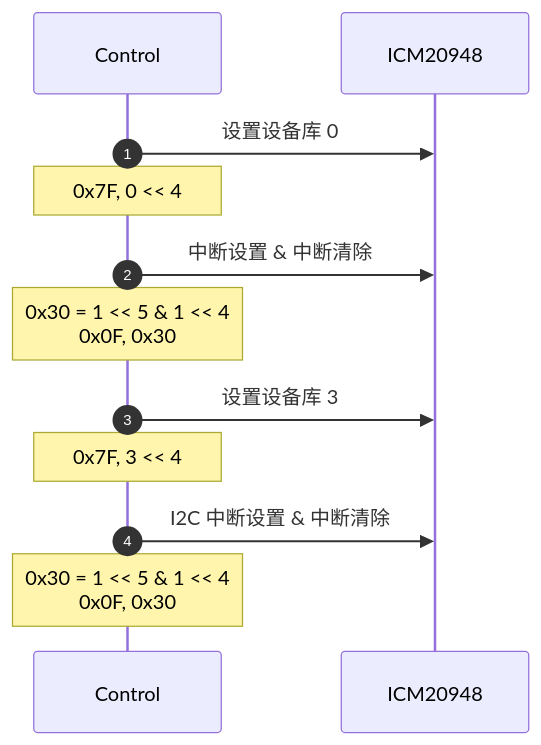
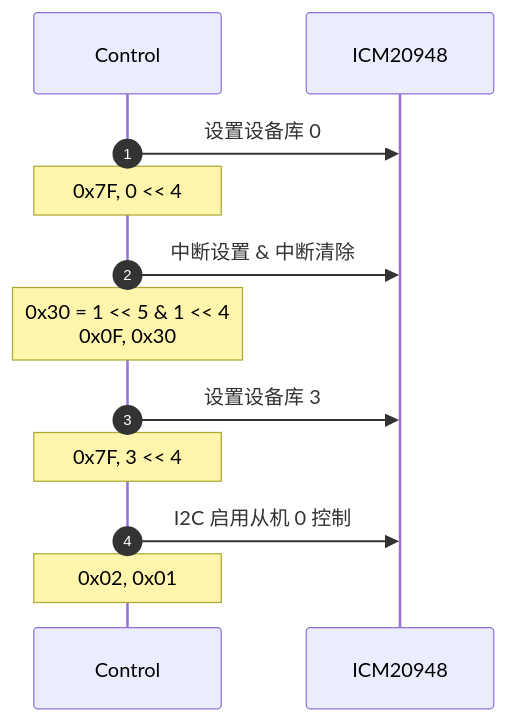
Before and after one commit to hkdickyko/hkdickyko.github.io: the fourth of 7 diagrams in _posts/2025-04-06-mdchart.md, drawn with Mermaid. The commit also changed other lines of this file, not shown here.

```diff
--- a/_posts/2025-04-06-mdchart.md
+++ b/_posts/2025-04-06-mdchart.md
@@ -323,15 +323,15 @@
 <div class="mermaid">
 sequenceDiagram;
    autonumber;
    participant C as Control;
    participant I as ICM20948;
    C->>I: 设置设备库 0;   
    note over C: 0x7F, 0 << 4;  
    C->>I: 中断设置 & 中断清除;
    note over C: 0x30 = 1 << 5 & 1 << 4<br>0x0F, 0x30; 
    C->>I: 设置设备库 3;   
    note over C: 0x7F, 3 << 4;    
-   C->>I: I2C 中断设置 & 中断清除;
-   note over C: 0x30 = 1 << 5 & 1 << 4<br>0x0F, 0x30;
+   C->>I: I2C 启用从机 0 控制;
+   note over C: 0x02, 0x01;
  
 </div>   
```
